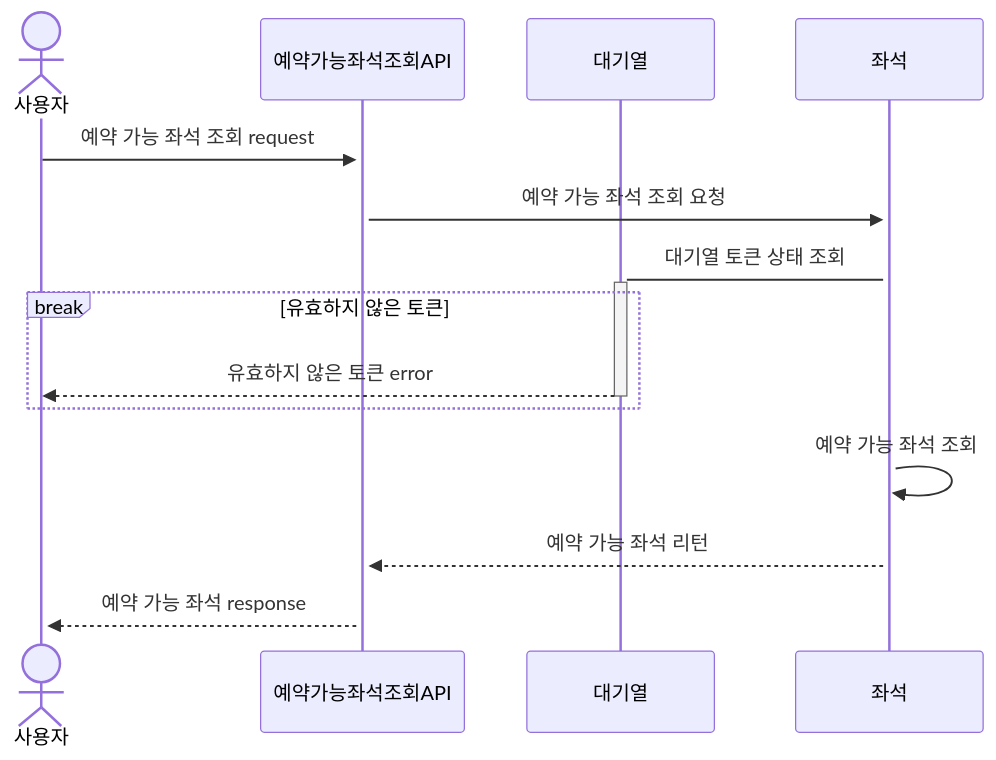
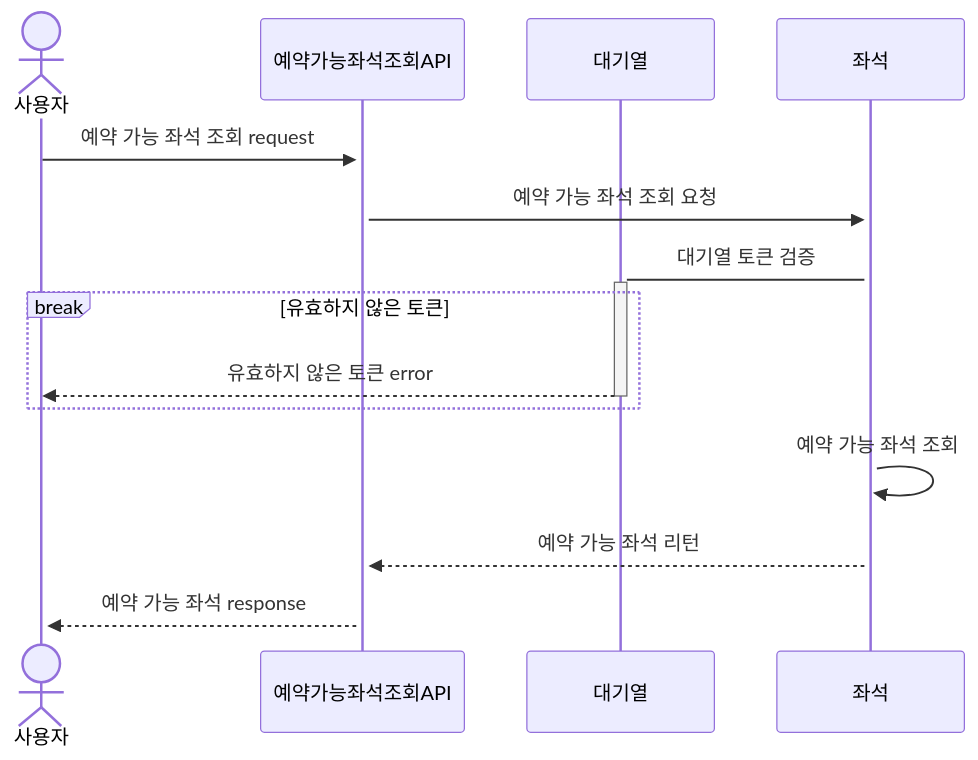
Before and after one commit to jangyoojeong/hhplus-ticketing-week03: the third of 7 diagrams in doc/SEQUENCS.md, drawn with Mermaid. The commit also changed other lines of this file, not shown here.

````diff
--- a/doc/SEQUENCS.md
+++ b/doc/SEQUENCS.md
@@ -46,17 +56,17 @@
 ```mermaid
 sequenceDiagram
     actor  사용자
     participant 예약가능좌석조회API
     participant 대기열
     participant 좌석
 
     사용자->>+예약가능좌석조회API: 예약 가능 좌석 조회 request
     예약가능좌석조회API->>+좌석: 예약 가능 좌석 조회 요청
-    좌석->+대기열:대기열 토큰 상태 조회
+    좌석->+대기열:대기열 토큰 검증
     break 유효하지 않은 토큰
         대기열-->>-사용자: 유효하지 않은 토큰 error
     end
     좌석->>+좌석: 예약 가능 좌석 조회
     좌석-->>+예약가능좌석조회API:예약 가능 좌석 리턴
     예약가능좌석조회API-->>+사용자: 예약 가능 좌석 response
 ```
````
